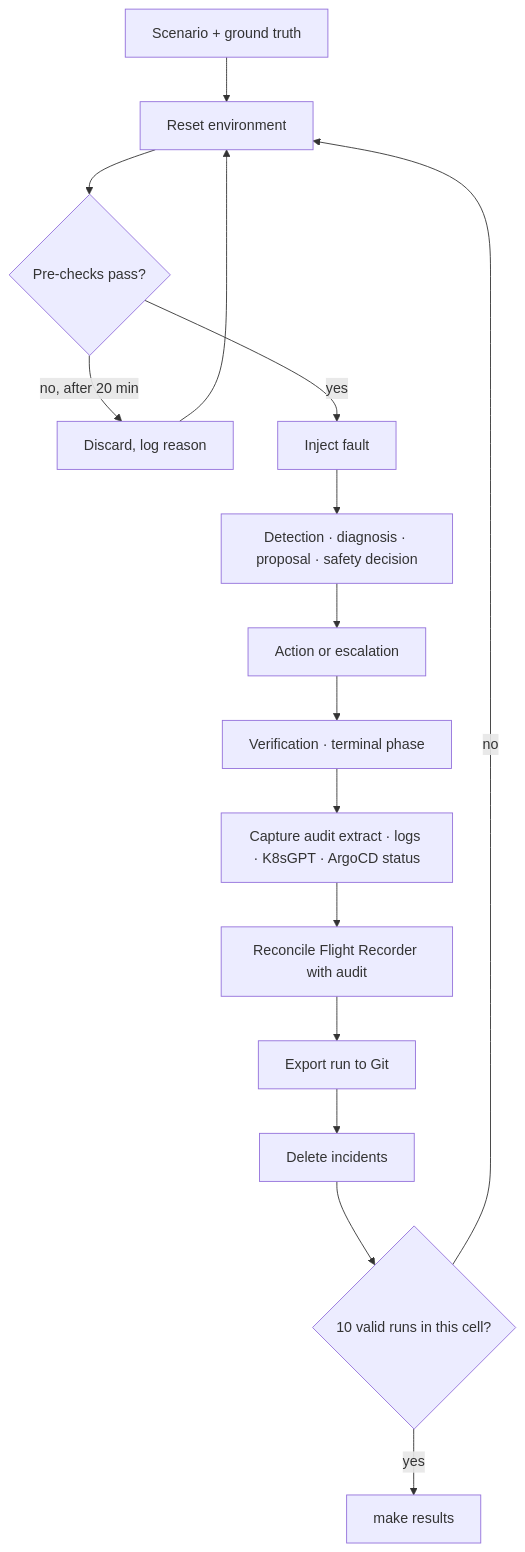
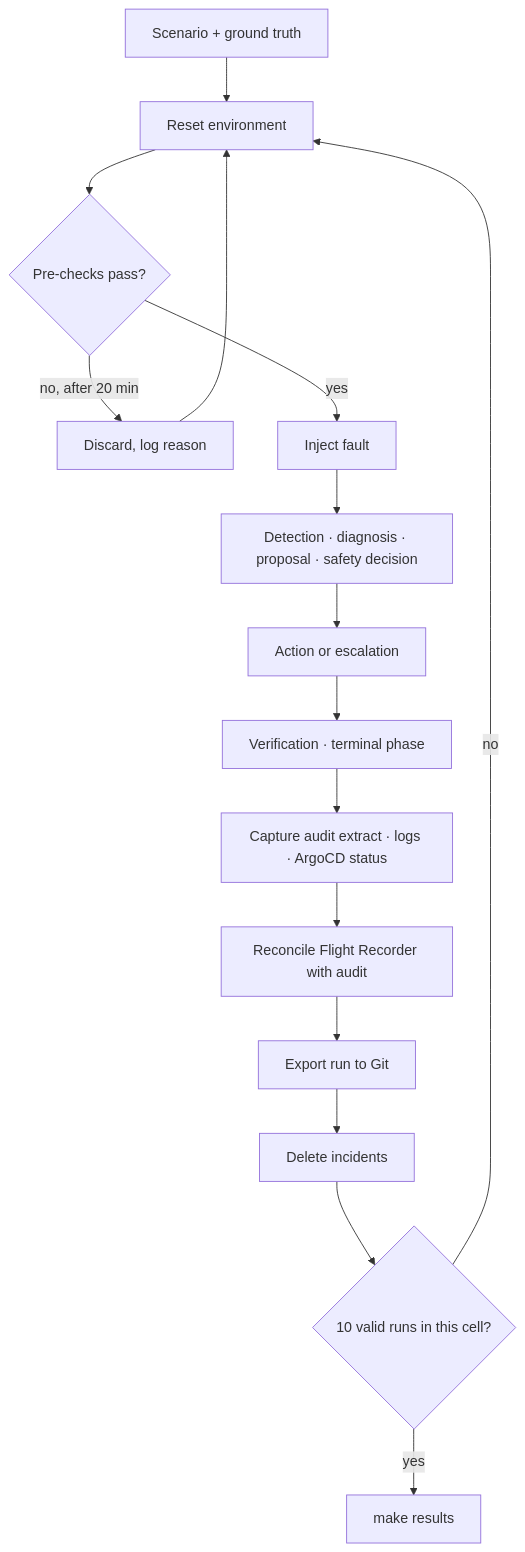
Diagram 21 of 24 in docs/architecture/final-spec.md (koussayx8/nexus-platform), drawn with Mermaid before and after one commit. The commit also changed other lines of this file, not shown here.

````diff
--- a/docs/architecture/final-spec.md
+++ b/docs/architecture/final-spec.md
@@ -1821,18 +1855,18 @@
 ```mermaid
 flowchart TD
   S0[Scenario + ground truth] --> RST[Reset environment]
   RST --> PRE{Pre-checks pass?}
   PRE -->|no, after 20 min| DIS[Discard, log reason]
   DIS --> RST
   PRE -->|yes| INJ[Inject fault]
   INJ --> OBS[Detection · diagnosis · proposal · safety decision]
   OBS --> ACT[Action or escalation]
   ACT --> VER[Verification · terminal phase]
-  VER --> CAP[Capture audit extract · logs · K8sGPT · ArgoCD status]
+  VER --> CAP[Capture audit extract · logs · ArgoCD status]
   CAP --> REC[Reconcile Flight Recorder with audit]
   REC --> EXP[Export run to Git]
   EXP --> CLN[Delete incidents]
   CLN --> NEXT{10 valid runs in this cell?}
   NEXT -->|no| RST
   NEXT -->|yes| AGG[make results]
 ```
````
